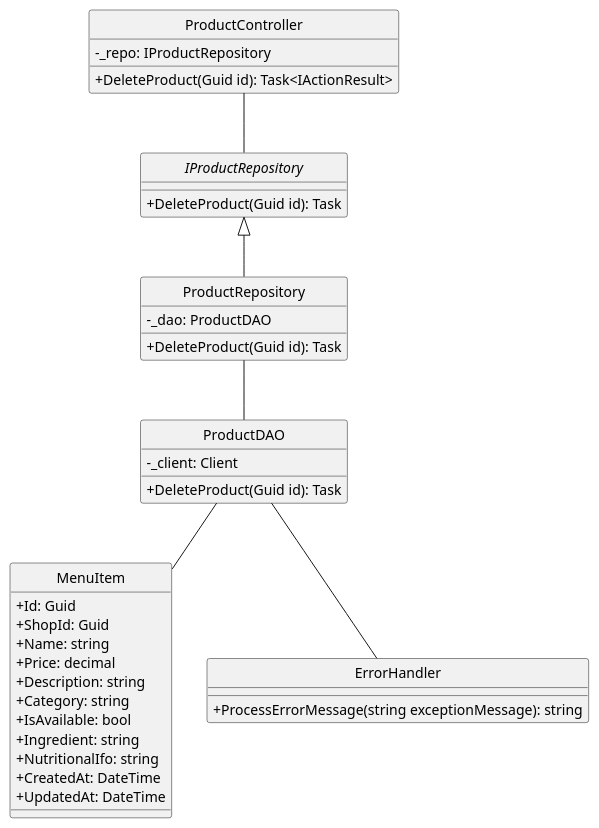
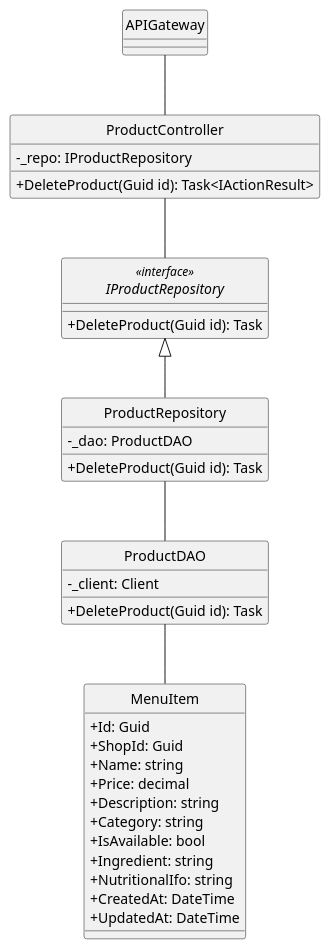
Before and after one commit to minhnhut23/FPT-OBOMS: the diagram in docs/ClassDiagram/Product/DeleteProduct.plantuml, drawn with PlantUML. The commit also changed other lines of this file and 86 other files, not shown here.

Commit message:
update 6 class-diagram

```diff
--- a/docs/ClassDiagram/Product/DeleteProduct.plantuml
+++ b/docs/ClassDiagram/Product/DeleteProduct.plantuml
@@ -1,55 +1,48 @@
 @startuml
 hide circle
 skinparam classAttributeIconSize 0
 
-' Controller handling product endpoints
+class APIGateway {
+}
+
 class ProductController {
     - _repo: IProductRepository
     + DeleteProduct(Guid id): Task<IActionResult>
 }
 
-' Repository interface with DeleteProduct declaration
-interface IProductRepository {
+interface IProductRepository<<interface>> {
     + DeleteProduct(Guid id): Task
 }
 
-' Repository implementation delegating to the DAO
 class ProductRepository {
     - _dao: ProductDAO
     + DeleteProduct(Guid id): Task
 }
 
-' Data Access Object handling database operations
 class ProductDAO {
     - _client: Client
     + DeleteProduct(Guid id): Task
 }
 
-' Domain model representing a product record
 class MenuItem {
     + Id: Guid
     + ShopId: Guid
     + Name: string
     + Price: decimal
     + Description: string
     + Category: string
     + IsAvailable: bool
     + Ingredient: string
     + NutritionalIfo: string
     + CreatedAt: DateTime
     + UpdatedAt: DateTime
 }
 
-' Utility class for error handling
-class ErrorHandler {
-    + ProcessErrorMessage(string exceptionMessage): string
-}
 
-' Relationships among classes
+
+APIGateway -- ProductController
 ProductController -- IProductRepository
 IProductRepository <|-- ProductRepository
 ProductRepository -- ProductDAO
 ProductDAO -- MenuItem
-ProductDAO -- ErrorHandler
-
 @enduml
```
